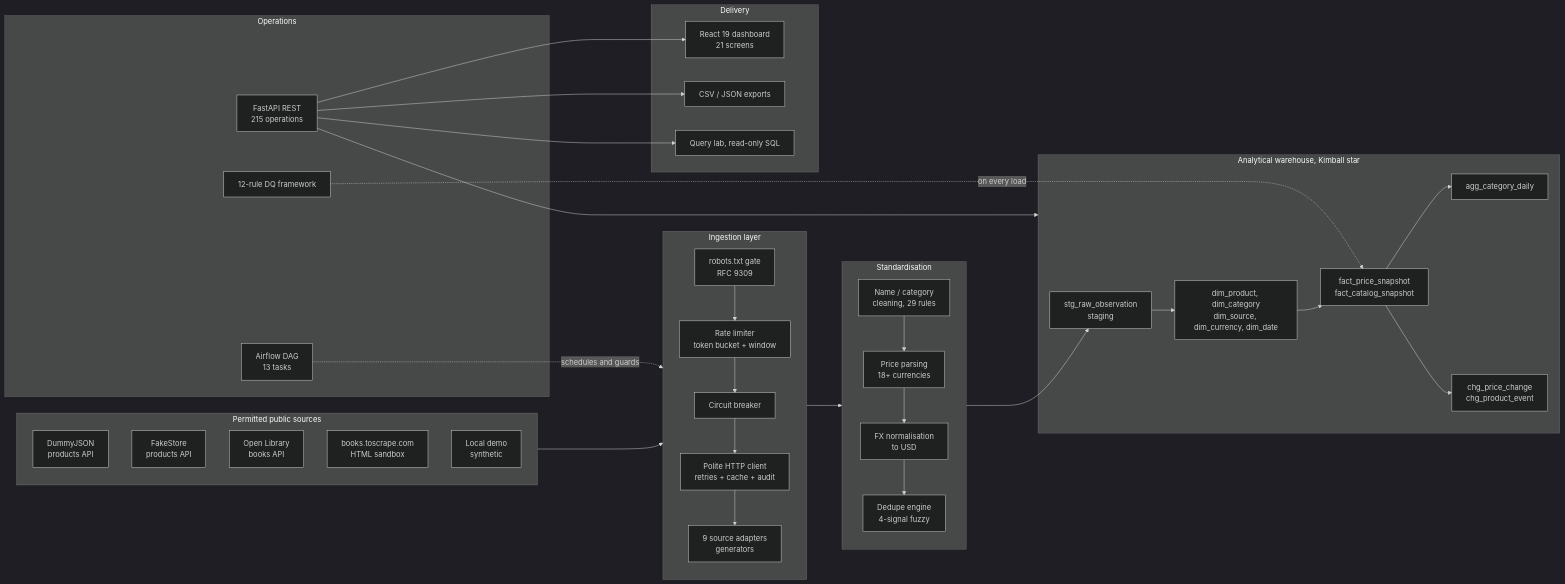
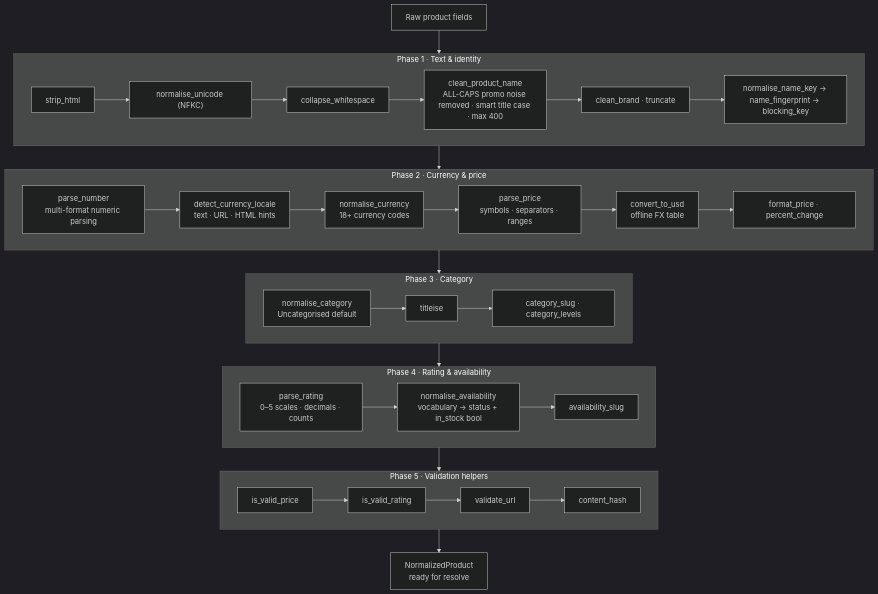
One commit to Ahmedbakr78/Web-to-Warehouse-Product-Intelligence-Pipeline changed the second of 4 diagrams in README.md. Above: the diagram before and after it, drawn with Mermaid (dark theme). The commit also changed other lines of this file and 457 other files, not shown here.

````diff
--- a/README.md
+++ b/README.md
@@ -281,55 +41,42 @@
 ```mermaid
-flowchart LR
-    subgraph Sources["Permitted public sources"]
-        A1["DummyJSON<br/>products API"]
-        A2["FakeStore<br/>products API"]
-        A3["Open Library<br/>books API"]
-        A4["books.toscrape.com<br/>HTML sandbox"]
-        A5["Local demo<br/>synthetic"]
+flowchart TD
+    START["Raw product fields"] --> P1
+
+    subgraph P1["Phase 1 · Text & identity"]
+        T1["strip_html"] --> T2["normalise_unicode (NFKC)"] --> T3["collapse_whitespace"]
+        T3 --> T4["clean_product_name<br/>ALL-CAPS promo noise removed · smart title case · max 400"]
+        T4 --> T5["clean_brand · truncate"]
+        T5 --> T6["normalise_name_key → name_fingerprint → blocking_key"]
     end
 
-    subgraph Ingest["Ingestion layer"]
-        direction TB
-        R["robots.txt gate<br/>RFC 9309"]
-        RL["Rate limiter<br/>token bucket + window"]
-        CB["Circuit breaker"]
-        HC["Polite HTTP client<br/>retries + cache + audit"]
-        S["9 source adapters<br/>generators"]
-        R --> RL --> CB --> HC --> S
+    P1 --> P2
+
+    subgraph P2["Phase 2 · Currency & price"]
+        C1["parse_number<br/>multi-format numeric parsing"] --> C2["detect_currency_locale<br/>text · URL · HTML hints"]
+        C2 --> C3["normalise_currency<br/>18+ currency codes"]
+        C3 --> C4["parse_price<br/>symbols · separators · ranges"]
+        C4 --> C5["convert_to_usd<br/>offline FX table"]
+        C5 --> C6["format_price · percent_change"]
     end
 
-    subgraph Clean["Standardisation"]
-        C1["Name / category<br/>cleaning, 29 rules"]
-        C2["Price parsing<br/>18+ currencies"]
-        C3["FX normalisation<br/>to USD"]
-        DD["Dedupe engine<br/>4-signal fuzzy"]
-        C1 --> C2 --> C3 --> DD
+    P2 --> P3
+
+    subgraph P3["Phase 3 · Category"]
+        G1["normalise_category<br/>Uncategorised default"] --> G2["titleise"] --> G3["category_slug · category_levels"]
     end
 
-    subgraph Wh["Analytical warehouse, Kimball star"]
-        STG["stg_raw_observation<br/>staging"]
-        DIM["dim_product, dim_category<br/>dim_source, dim_currency, dim_date"]
-        FACT["fact_price_snapshot<br/>fact_catalog_snapshot"]
-        AGG["agg_category_daily"]
-        CHG["chg_price_change<br/>chg_product_event"]
-        STG --> DIM --> FACT --> AGG & CHG
+    P3 --> P4
+
+    subgraph P4["Phase 4 · Rating & availability"]
+        R1["parse_rating<br/>0–5 scales · decimals · counts"] --> R2["normalise_availability<br/>vocabulary → status + in_stock bool"]
+        R2 --> R3["availability_slug"]
     end
 
-    subgraph Ops["Operations"]
-        AF["Airflow DAG<br/>13 tasks"]
-        API["FastAPI REST<br/>215 operations"]
-        DQ["12-rule DQ framework"]
+    P4 --> P5
+
+    subgraph P5["Phase 5 · Validation helpers"]
+        V1["is_valid_price"] --> V2["is_valid_rating"] --> V3["validate_url"] --> V4["content_hash"]
     end
 
-    subgraph UI["Delivery"]
-        RE["React 19 dashboard<br/>21 screens"]
-        EXP["CSV / JSON exports"]
-        QL["Query lab, read-only SQL"]
-    end
-
-    Sources --> Ingest --> Clean --> STG
-    AF -.schedules and guards.-> Ingest
-    API --> Wh
-    API --> RE & EXP & QL
-    DQ -.on every load.-> FACT
+    P5 --> OUT["NormalizedProduct<br/>ready for resolve"]
 ```
````
